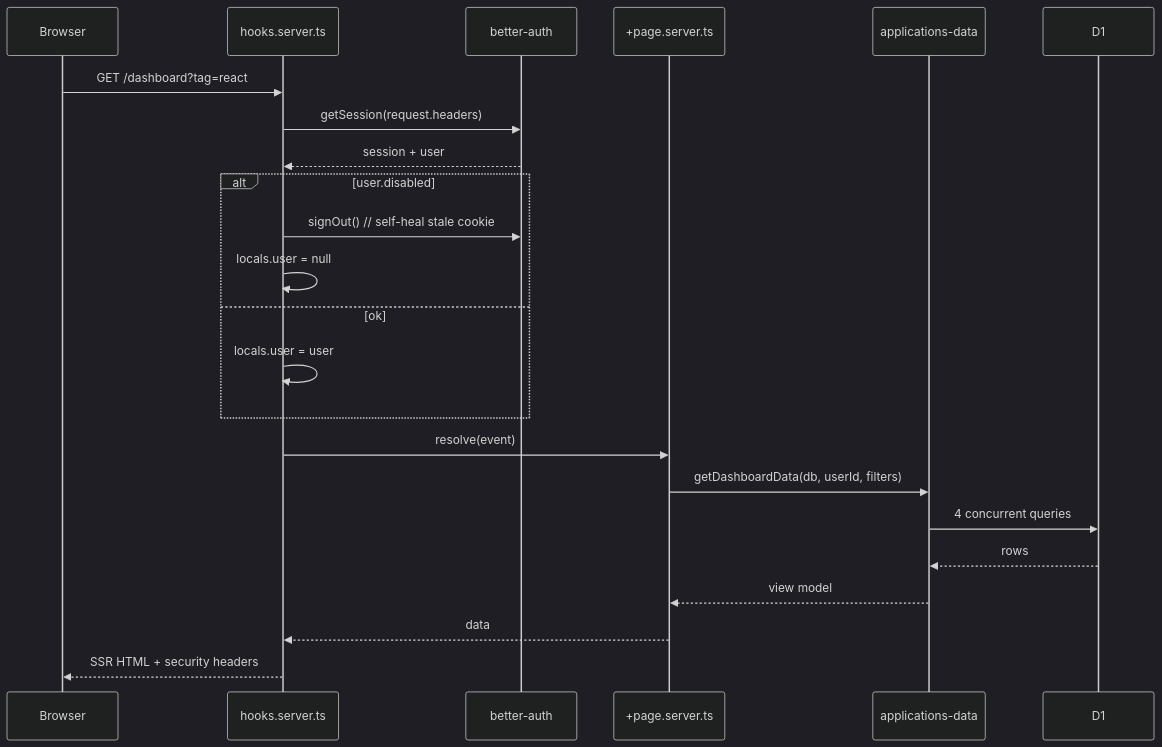
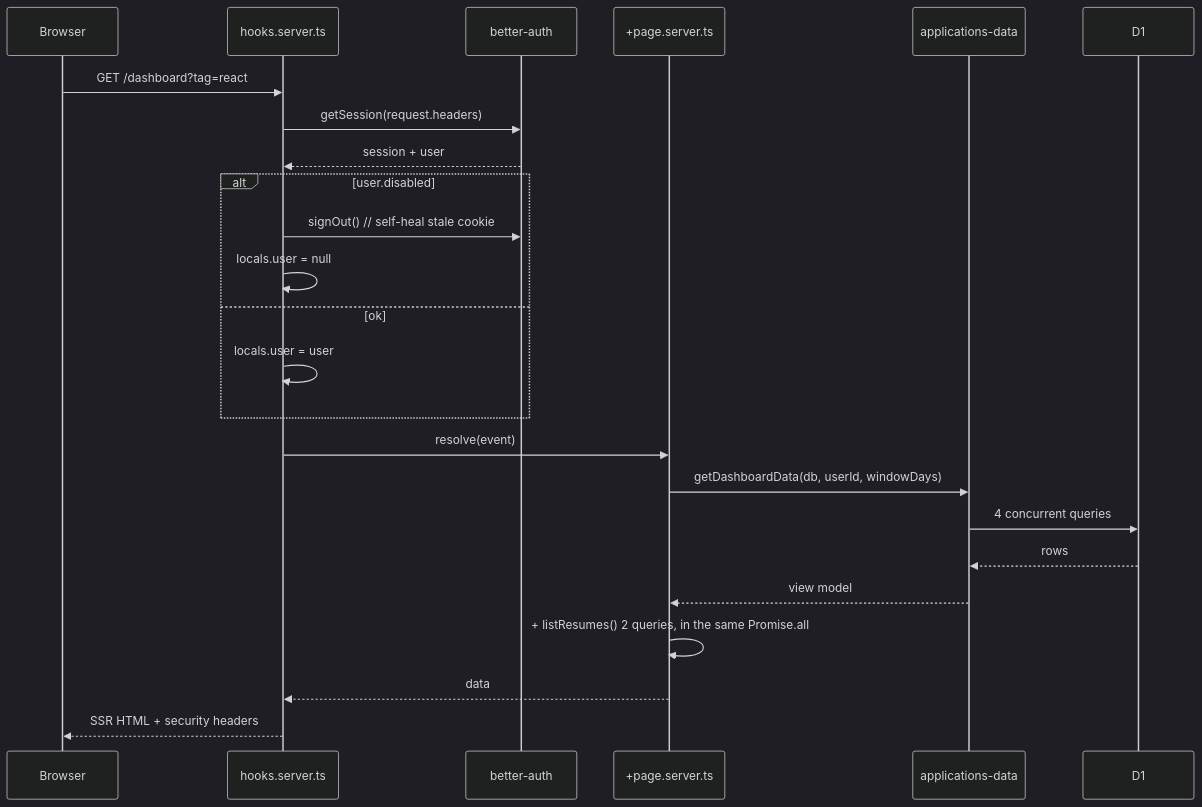
One commit to c0k0n/job-tracker changed the third of 6 diagrams in docs/architecture.md. Above: the diagram before and after it, drawn with Mermaid (dark theme). The commit also changed other lines of this file and 45 other files, not shown here.

````diff
--- a/docs/architecture.md
+++ b/docs/architecture.md
@@ -69,26 +84,27 @@
 ```mermaid
 sequenceDiagram
     participant B as Browser
     participant H as hooks.server.ts
     participant A as better-auth
     participant L as +page.server.ts
     participant Q as applications-data
     participant D as D1
 
     B->>H: GET /dashboard?tag=react
     H->>A: getSession(request.headers)
     A-->>H: session + user
     alt user.disabled
         H->>A: signOut()  // self-heal stale cookie
         H->>H: locals.user = null
     else ok
         H->>H: locals.user = user
     end
     H->>L: resolve(event)
-    L->>Q: getDashboardData(db, userId, filters)
+    L->>Q: getDashboardData(db, userId, windowDays)
     Q->>D: 4 concurrent queries
     D-->>Q: rows
     Q-->>L: view model
+    L->>L: + listResumes() 2 queries, in the same Promise.all
     L-->>H: data
     H-->>B: SSR HTML + security headers
 ```
````
